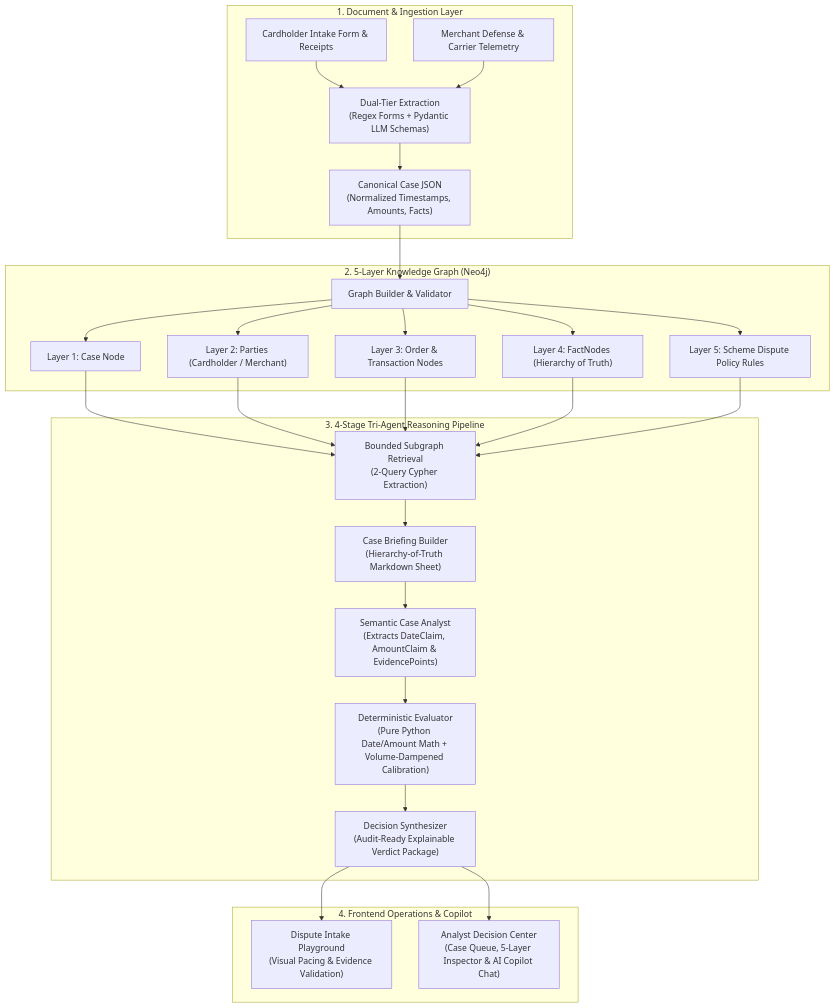
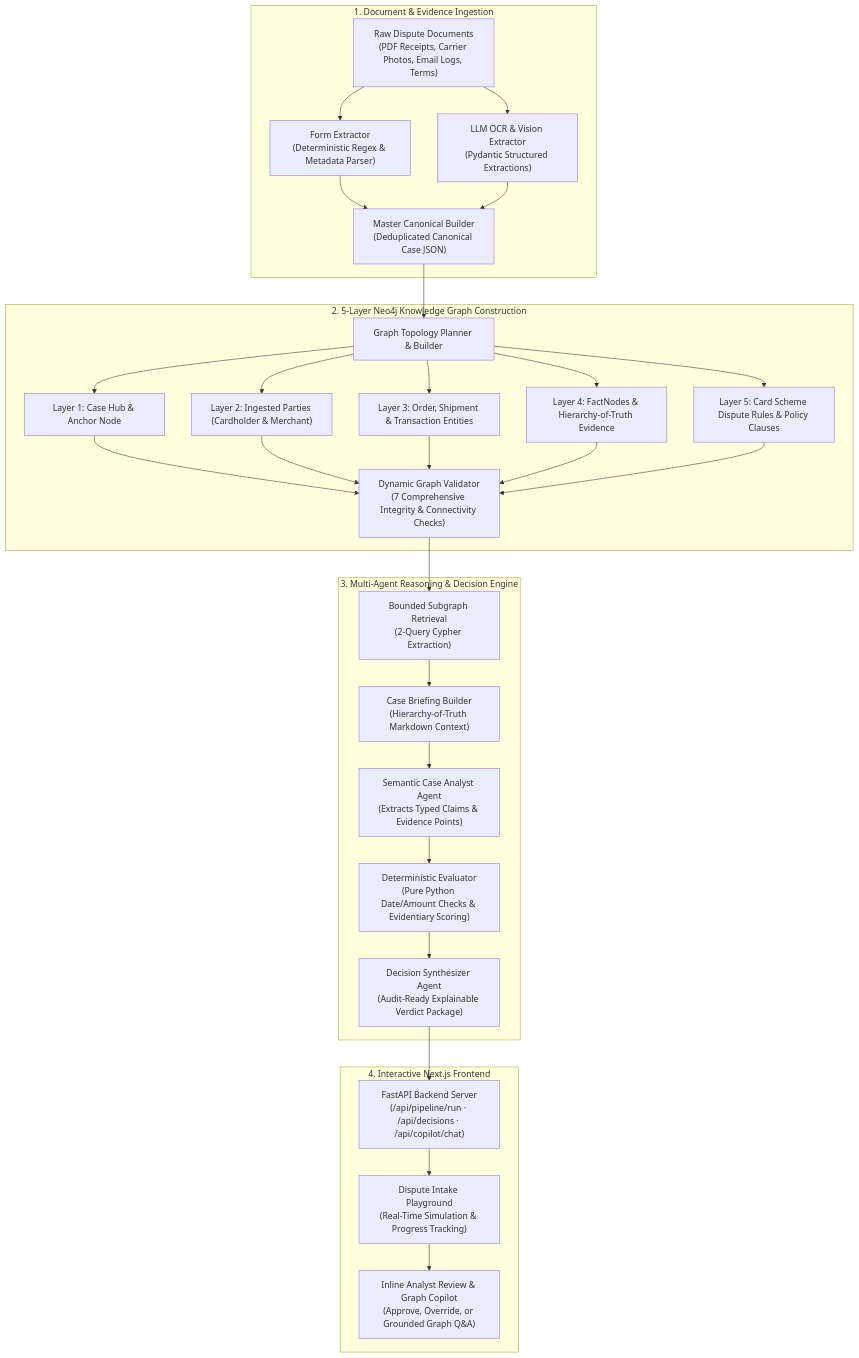
Before and after one commit to NikhilLLm/DisputeSolver: the diagram in README.md, drawn with Mermaid. The commit also changed other lines of this file, not shown here.

````diff
--- a/README.md
+++ b/README.md
@@ -24,39 +11,45 @@
 ```mermaid
 flowchart TD
-    subgraph INTAKE["1. Document & Ingestion Layer"]
-        D1["Cardholder Intake Form & Receipts"] --> EXT["Dual-Tier Extraction
-(Regex Forms + Pydantic LLM Schemas)"]
-        D2["Merchant Defense & Carrier Telemetry"] --> EXT
-        EXT --> CANON["Canonical Case JSON
-(Normalized Timestamps, Amounts, Facts)"]
+    subgraph INGESTION["1. Document & Evidence Ingestion"]
+        D1["Raw Dispute Documents
+(PDF Receipts, Carrier Photos, Email Logs, Terms)"] --> EX1["Form Extractor
+(Deterministic Regex & Metadata Parser)"]
+        D1 --> EX2["LLM OCR & Vision Extractor
+(Pydantic Structured Extractions)"]
+        EX1 & EX2 --> CB["Master Canonical Builder
+(Deduplicated Canonical Case JSON)"]
     end
 
-    subgraph GRAPH["2. 5-Layer Knowledge Graph (Neo4j)"]
-        CANON --> GB["Graph Builder & Validator"]
-        GB --> L1["Layer 1: Case Node"]
-        GB --> L2["Layer 2: Parties (Cardholder / Merchant)"]
-        GB --> L3["Layer 3: Order & Transaction Nodes"]
-        GB --> L4["Layer 4: FactNodes (Hierarchy of Truth)"]
-        GB --> L5["Layer 5: Scheme Dispute Policy Rules"]
+    subgraph GRAPH["2. 5-Layer Neo4j Knowledge Graph Construction"]
+        CB --> GB["Graph Topology Planner & Builder"]
+        GB --> L1["Layer 1: Case Hub & Anchor Node"]
+        GB --> L2["Layer 2: Ingested Parties (Cardholder & Merchant)"]
+        GB --> L3["Layer 3: Order, Shipment & Transaction Entities"]
+        GB --> L4["Layer 4: FactNodes & Hierarchy-of-Truth Evidence"]
+        GB --> L5["Layer 5: Card Scheme Dispute Rules & Policy Clauses"]
+        L1 & L2 & L3 & L4 & L5 --> GV["Dynamic Graph Validator
+(7 Comprehensive Integrity & Connectivity Checks)"]
     end
 
-    subgraph REASONING["3. 4-Stage Tri-Agent Reasoning Pipeline"]
-        L1 & L2 & L3 & L4 & L5 --> R1["Bounded Subgraph Retrieval
+    subgraph REASONING["3. Multi-Agent Reasoning & Decision Engine"]
+        GV --> GR["Bounded Subgraph Retrieval
 (2-Query Cypher Extraction)"]
-        R1 --> R2["Case Briefing Builder
-(Hierarchy-of-Truth Markdown Sheet)"]
-        R2 --> R3["Semantic Case Analyst
-(Extracts DateClaim, AmountClaim & EvidencePoints)"]
-        R3 --> R4["Deterministic Evaluator
-(Pure Python Date/Amount Math + Volume-Dampened Calibration)"]
-        R4 --> R5["Decision Synthesizer
+        GR --> BB["Case Briefing Builder
+(Hierarchy-of-Truth Markdown Context)"]
+        BB --> CA["Semantic Case Analyst Agent
+(Extracts Typed Claims & Evidence Points)"]
+        CA --> DE["Deterministic Evaluator
+(Pure Python Date/Amount Checks & Evidentiary Scoring)"]
+        DE --> DS["Decision Synthesizer Agent
 (Audit-Ready Explainable Verdict Package)"]
     end
 
-    subgraph UI["4. Frontend Operations & Copilot"]
-        R5 --> UI1["Dispute Intake Playground
-(Visual Pacing & Evidence Validation)"]
-        R5 --> UI2["Analyst Decision Center
-(Case Queue, 5-Layer Inspector & AI Copilot Chat)"]
+    subgraph FRONTEND["4. Interactive Next.js Frontend"]
+        DS --> API["FastAPI Backend Server
+(/api/pipeline/run · /api/decisions · /api/copilot/chat)"]
+        API --> UI["Dispute Intake Playground
+(Real-Time Simulation & Progress Tracking)"]
+        UI --> ANALYST["Inline Analyst Review & Graph Copilot
+(Approve, Override, or Grounded Graph Q&A)"]
     end
 ```
````
